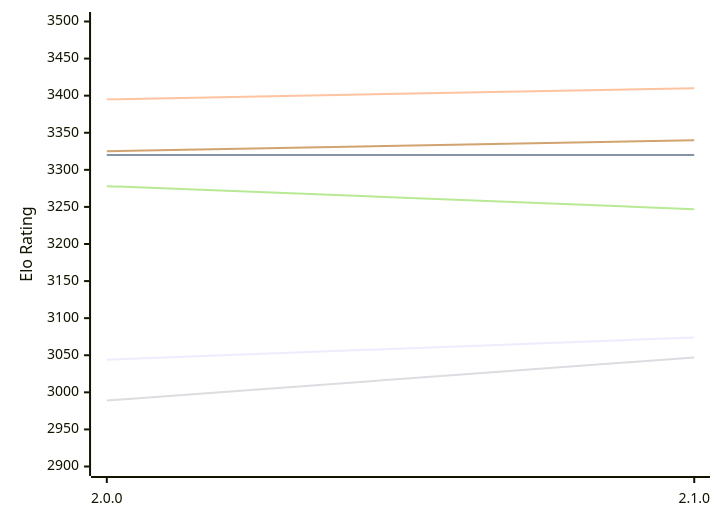
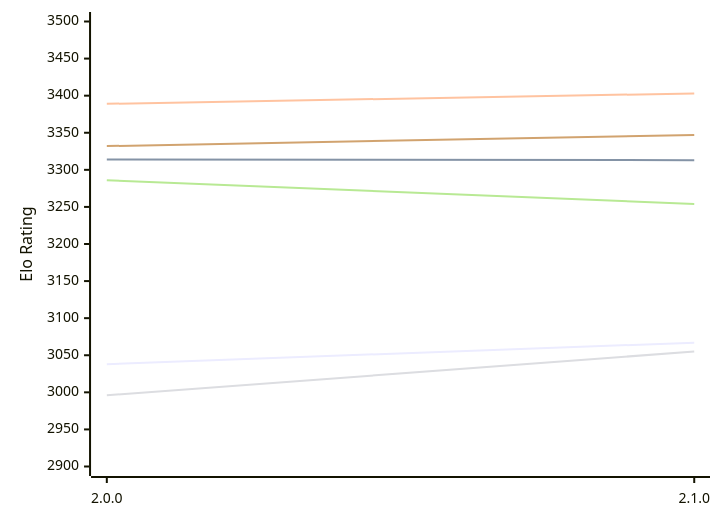
One commit to computer-chess-index/cci changed the diagram in engines/Sapling.md. Above: the diagram before and after it, drawn with Mermaid. The commit also changed other lines of this file, not shown here.

Commit message:
Update CCI Ratings (ELO VLTC) - 2026-11-18

````diff
--- a/engines/Sapling.md
+++ b/engines/Sapling.md
@@ -49,12 +49,12 @@
 ```mermaid
 %%{init: {"theme":"base","themeVariables":{"seriesColors:['#a3a3a3','#222221','#faa371']}}}%%
 xychart-beta
   x-axis ["2.0.0", "2.1.0"]
   y-axis "Elo Rating" 2900 --> 3500
-  line "E1: STC (8.0+0.08s)" [3044, 3074]
-  line "E1: LTC (60.0+0.60s)" [3320, 3320]
-  line "E1: VLTC (2m24s+1.12s)" [3395, 3410]
-  line "P1: STC (8.0+0.08s)" [2989, 3047]
-  line "P1: LTC (60.0+0.60s)" [3278, 3247]
-  line "P1: VLTC (2m24s+1.12s)" [3325, 3340]
+  line "E1: STC (8.0+0.08s)" [3038, 3067]
+  line "E1: LTC (60.0+0.60s)" [3314, 3313]
+  line "E1: VLTC (2m24s+1.12s)" [3389, 3403]
+  line "P1: STC (8.0+0.08s)" [2996, 3055]
+  line "P1: LTC (60.0+0.60s)" [3286, 3254]
+  line "P1: VLTC (2m24s+1.12s)" [3332, 3347]
 ```
````
